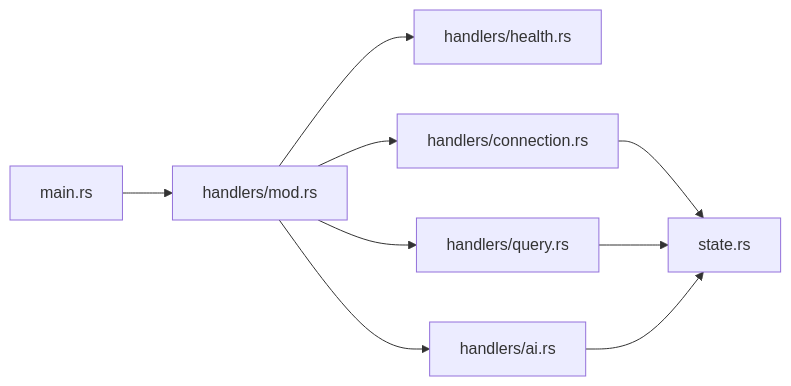
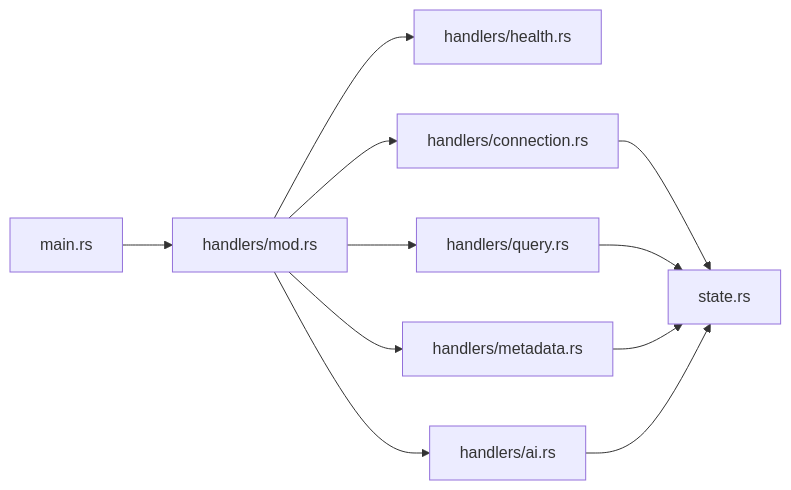
The third of 3 diagrams in .qoder/repowiki/en/content/Backend Development/API Endpoints & Request Handlers.md (sutanto1010/crablite), drawn with Mermaid before and after one commit. The commit also changed other lines of this file and 25 other files, not shown here.

First line of the commit message:
feat(metadata): add comprehensive database schema and internals API endpoints

````diff
--- a/.qoder/repowiki/en/content/Backend Development/API Endpoints & Request Handlers.md
+++ b/.qoder/repowiki/en/content/Backend Development/API Endpoints & Request Handlers.md
@@ -366,11 +487,13 @@
 ```mermaid
 graph LR
 Main["main.rs"] --> Mod["handlers/mod.rs"]
 Mod --> Health["handlers/health.rs"]
 Mod --> Conn["handlers/connection.rs"]
 Mod --> Query["handlers/query.rs"]
+Mod --> Metadata["handlers/metadata.rs"]
 Mod --> AI["handlers/ai.rs"]
 Conn --> State["state.rs"]
 Query --> State
+Metadata --> State
 AI --> State
 ```
````
